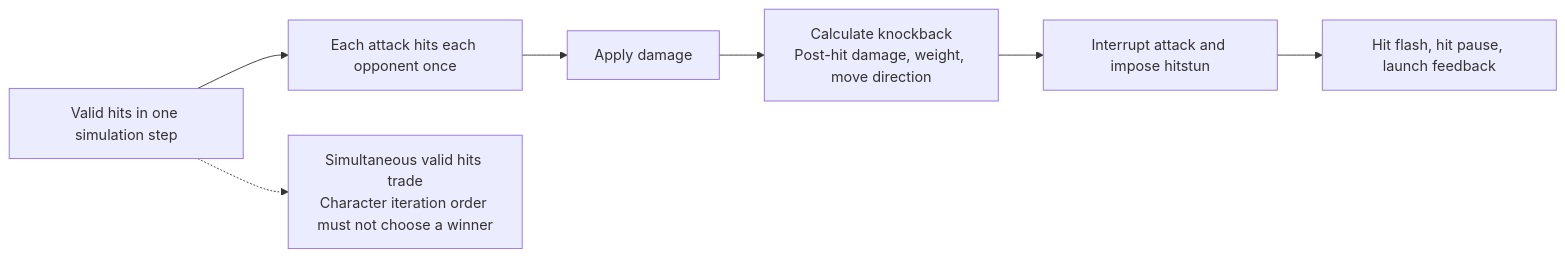
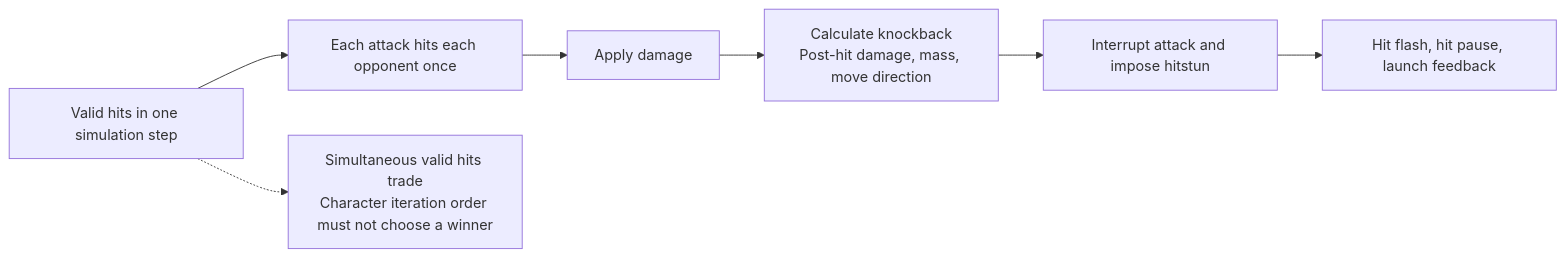
One commit to Fusion2k/smash-fight changed the second of 2 diagrams in docs/architecture/combat-lifecycle.md. Above: the diagram before and after it, drawn with Mermaid. The commit also changed other lines of this file and 8 other files, not shown here.

````diff
--- a/docs/architecture/combat-lifecycle.md
+++ b/docs/architecture/combat-lifecycle.md
@@ -28,9 +28,9 @@
 ```mermaid
 flowchart LR
     Candidates["Valid hits in one simulation step"] --> Once["Each attack hits each opponent once"]
     Once --> Damage["Apply damage"]
-    Damage --> Launch["Calculate knockback<br/>Post-hit damage, weight, move direction"]
+    Damage --> Launch["Calculate knockback<br/>Post-hit damage, mass, move direction"]
     Launch --> Response["Interrupt attack and impose hitstun"]
     Response --> Feedback["Hit flash, hit pause, launch feedback"]
     Candidates -.-> Trades["Simultaneous valid hits trade<br/>Character iteration order must not choose a winner"]
 ```
````
